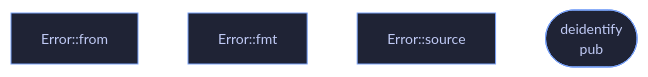
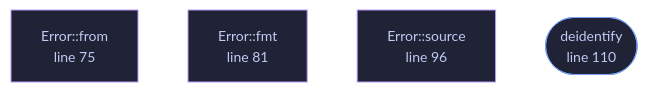
The diagram in wiki/File-veilvoice-audio-lib.md (tilas01/veilvoice), drawn with Mermaid before and after one commit. The commit also changed other lines of this file and 182 other files, not shown here.

````diff
--- a/wiki/File-veilvoice-audio-lib.md
+++ b/wiki/File-veilvoice-audio-lib.md
@@ -44,9 +58,13 @@
 ```mermaid
 %%{init: {"theme":"base","themeVariables":{"background":"#1a1b26","primaryColor":"#1f2335","primaryTextColor":"#c0caf5","primaryBorderColor":"#7aa2f7","secondaryColor":"#16161e","tertiaryColor":"#16161e","lineColor":"#737aa2","textColor":"#c0caf5","mainBkg":"#1f2335","nodeBorder":"#7aa2f7","clusterBkg":"#16161e","clusterBorder":"#2f3549","fontFamily":"ui-monospace, SFMono-Regular, Consolas, monospace","fontSize":"14px"}}}%%
 flowchart TD
-    n_from["Error::from"]
-    n_from["Error::from"]
-    n_fmt["Error::fmt"]
-    n_source["Error::source"]
-    n_deidentify(["deidentify<br/>pub"])
+    n_from["Error::from<br/>line 69"]
+    n_from["Error::from<br/>line 75"]
+    n_fmt["Error::fmt<br/>line 81"]
+    n_source["Error::source<br/>line 96"]
+    n_deidentify(["deidentify<br/>line 110"])
+    classDef entry fill:#1f2335,stroke:#7aa2f7,color:#c0caf5
+    class n_deidentify entry
+    classDef helper fill:#1f2335,stroke:#bb9af7,color:#c0caf5
+    class n_from,n_from,n_fmt,n_source helper
 ```
````
